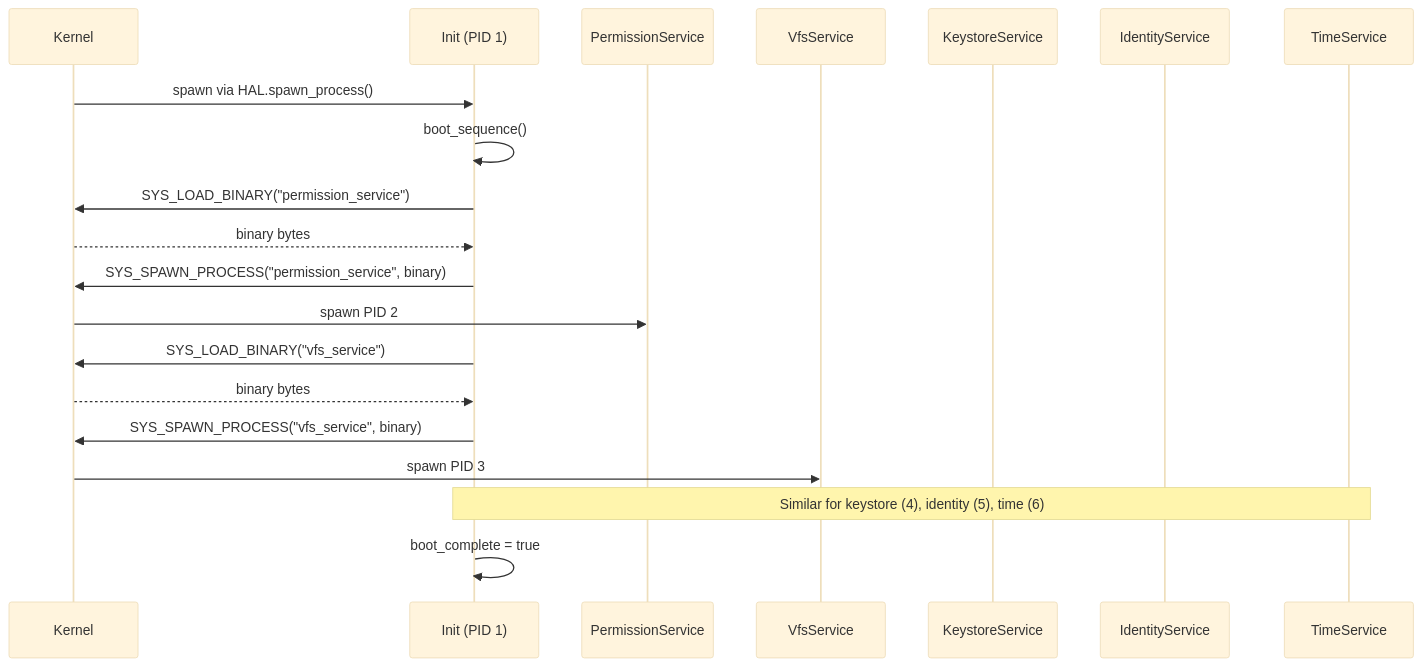
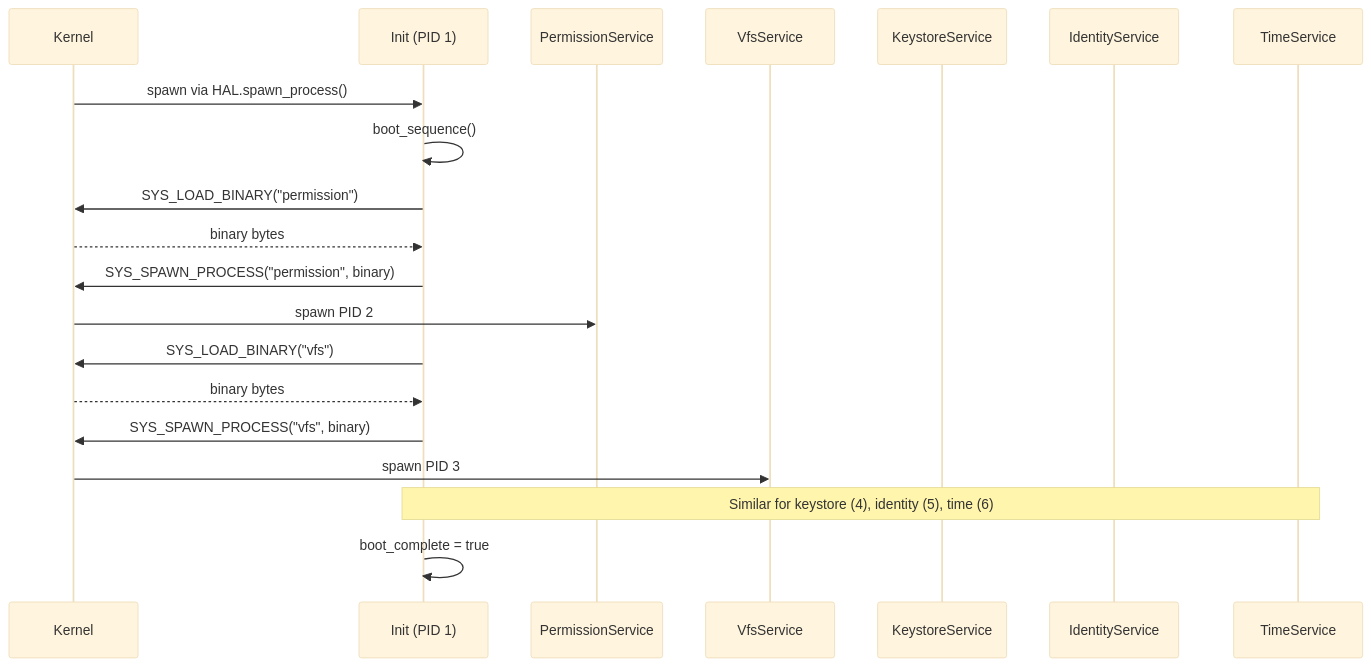
Before and after one commit to cypher-asi/orbital-os: the second of 6 diagrams in docs/spec/v0.1.3/04-init-supervisor.md, drawn with Mermaid (base theme). The commit also changed other lines of this file and 97 other files, not shown here.

````diff
--- a/docs/spec/v0.1.3/04-init-supervisor.md
+++ b/docs/spec/v0.1.3/04-init-supervisor.md
@@ -104,27 +104,27 @@
 ```mermaid
 sequenceDiagram
     participant K as Kernel
     participant I as Init (PID 1)
     participant PS as PermissionService
     participant VFS as VfsService
     participant KS as KeystoreService
     participant ID as IdentityService
     participant TS as TimeService
 
     K->>I: spawn via HAL.spawn_process()
     I->>I: boot_sequence()
     
-    I->>K: SYS_LOAD_BINARY("permission_service")
+    I->>K: SYS_LOAD_BINARY("permission")
     K-->>I: binary bytes
-    I->>K: SYS_SPAWN_PROCESS("permission_service", binary)
+    I->>K: SYS_SPAWN_PROCESS("permission", binary)
     K->>PS: spawn PID 2
     
-    I->>K: SYS_LOAD_BINARY("vfs_service")
+    I->>K: SYS_LOAD_BINARY("vfs")
     K-->>I: binary bytes
-    I->>K: SYS_SPAWN_PROCESS("vfs_service", binary)
+    I->>K: SYS_SPAWN_PROCESS("vfs", binary)
     K->>VFS: spawn PID 3
     
     Note over I,TS: Similar for keystore (4), identity (5), time (6)
     
     I->>I: boot_complete = true
 ```
````
